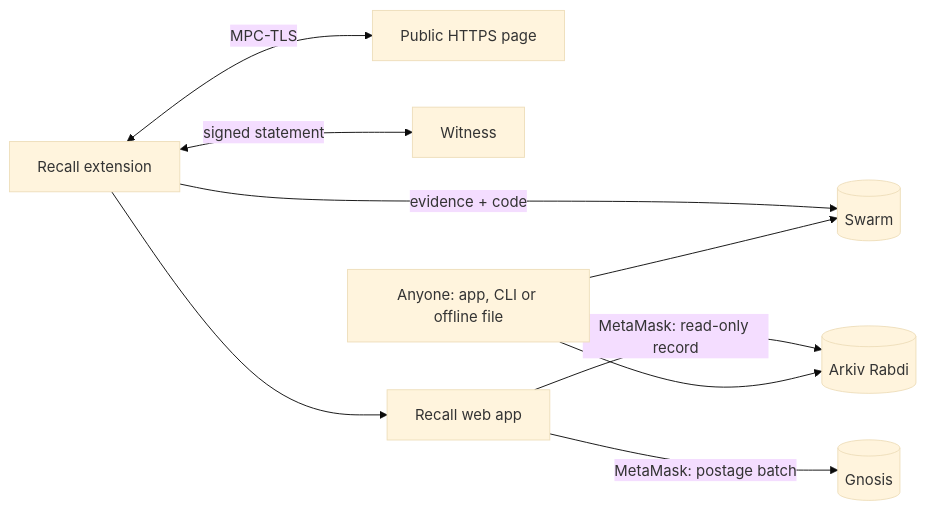
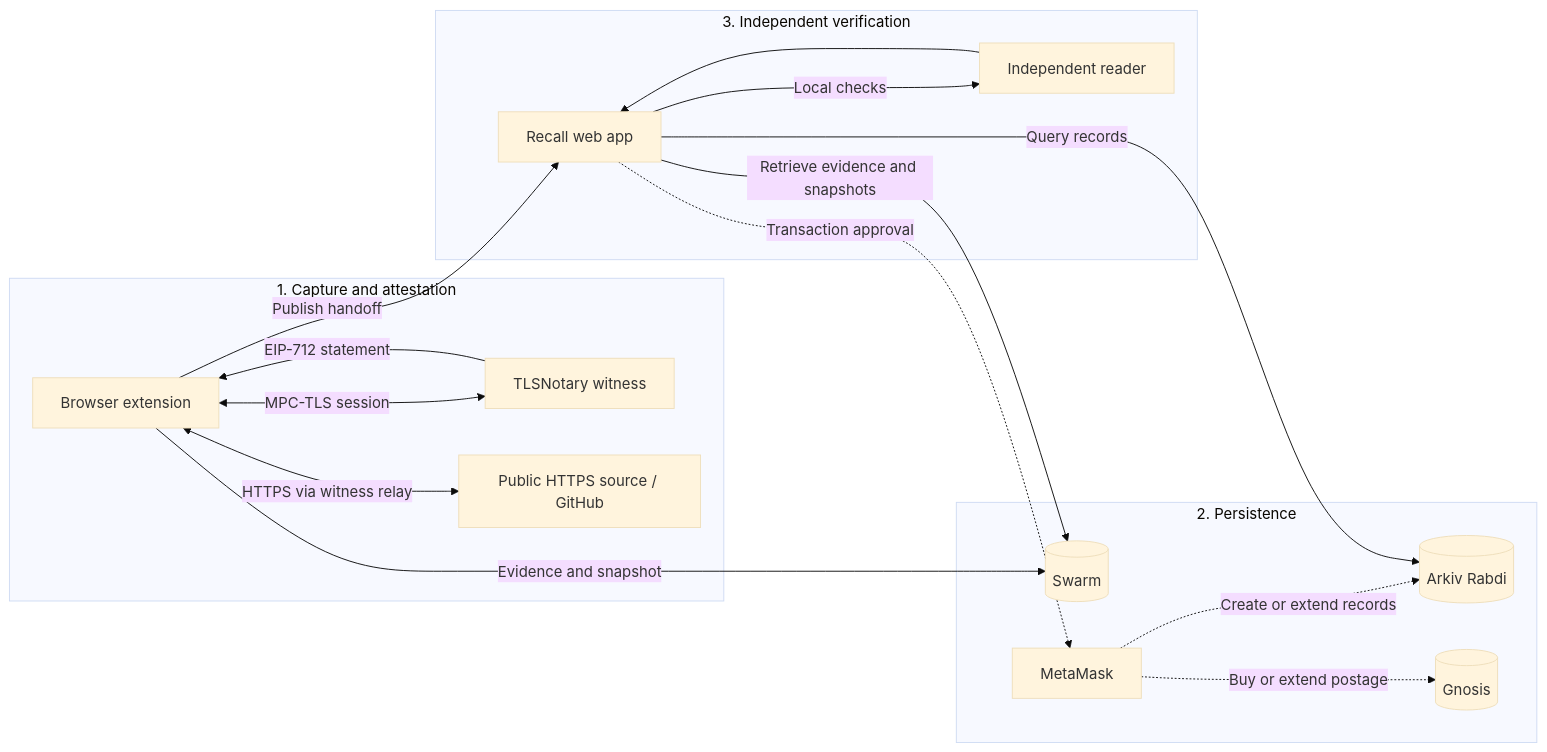
The diagram in README.md (localhostwastaken/Recall), drawn with Mermaid (base theme) before and after one commit. The commit also changed other lines of this file, not shown here.

Commit message:
docs: update README to clarify Recall's purpose and functionality

````diff
--- a/README.md
+++ b/README.md
@@ -65,11 +42,30 @@
 ```mermaid
 flowchart LR
-  EXT["Recall extension"] <-->|MPC-TLS| SITE["Public HTTPS page"]
-  EXT <-->|signed statement| W["Witness"]
-  EXT -->|evidence + code| SW[("Swarm")]
-  EXT --> APP["Recall web app"]
-  APP -->|MetaMask: read-only record| AR[("Arkiv Rabdi")]
-  APP -->|MetaMask: postage batch| GN[("Gnosis")]
-  READER["Anyone: app, CLI or offline file"] --> AR
-  READER --> SW
+  subgraph CAP["1. Capture and attestation"]
+    EXT["Browser extension"]
+    W["TLSNotary witness"]
+    SRC["Public HTTPS source / GitHub"]
+    EXT <-->|"MPC-TLS session"| W
+    EXT <-->|"HTTPS via witness relay"| SRC
+    W -->|"EIP-712 statement"| EXT
+  end
+  subgraph STORE["2. Persistence"]
+    SW[("Swarm")]
+    AR[("Arkiv Rabdi")]
+    GN[("Gnosis")]
+    MM["MetaMask"]
+    MM -.->|"Create or extend records"| AR
+    MM -.->|"Buy or extend postage"| GN
+  end
+  subgraph CHECK["3. Independent verification"]
+    APP["Recall web app"]
+    R["Independent reader"]
+    R --> APP
+  end
+  EXT -->|"Evidence and snapshot"| SW
+  EXT -->|"Publish handoff"| APP
+  APP -.->|"Transaction approval"| MM
+  APP -->|"Query records"| AR
+  APP -->|"Retrieve evidence and snapshots"| SW
+  APP -->|"Local checks"| R
 ```
````
